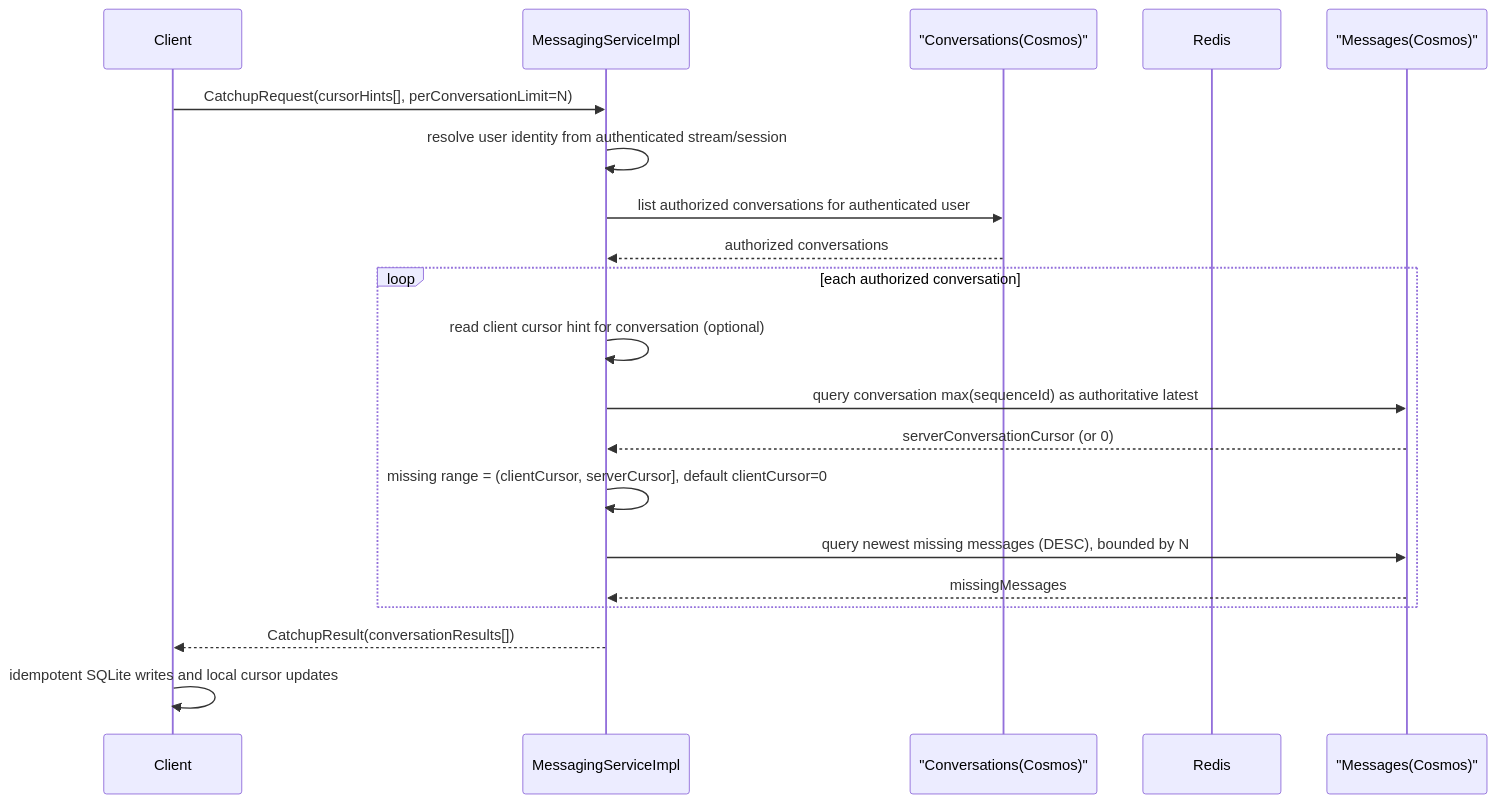
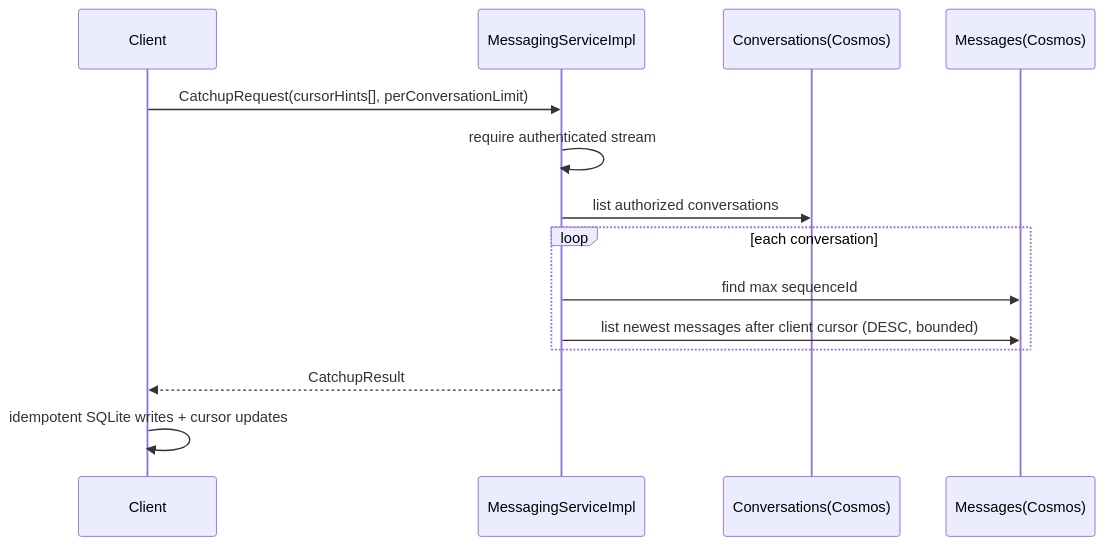
One commit to Matt1204/distributed-messaging-system changed the second of 3 diagrams in specs/message_persistency_design_v2.md. Above: the diagram before and after it, drawn with Mermaid. The commit also changed other lines of this file and 7 other files, not shown here.

````diff
--- a/specs/message_persistency_design_v2.md
+++ b/specs/message_persistency_design_v2.md
@@ -55,25 +52,17 @@
 ```mermaid
 sequenceDiagram
     participant C as Client
     participant S as MessagingServiceImpl
-    participant CV as "Conversations(Cosmos)"
-    participant R as Redis
-    participant M as "Messages(Cosmos)"
+    participant CV as Conversations(Cosmos)
+    participant M as Messages(Cosmos)
 
-    C->>S: CatchupRequest(cursorHints[], perConversationLimit=N)
-    S->>S: resolve user identity from authenticated stream/session
-    S->>CV: list authorized conversations for authenticated user
-    CV-->>S: authorized conversations
-
-    loop each authorized conversation
-        S->>S: read client cursor hint for conversation (optional)
-        S->>M: query conversation max(sequenceId) as authoritative latest
-        M-->>S: serverConversationCursor (or 0)
-        S->>S: missing range = (clientCursor, serverCursor], default clientCursor=0
-        S->>M: query newest missing messages (DESC), bounded by N
-        M-->>S: missingMessages
+    C->>S: CatchupRequest(cursorHints[], perConversationLimit)
+    S->>S: require authenticated stream
+    S->>CV: list authorized conversations
+    loop each conversation
+        S->>M: find max sequenceId
+        S->>M: list newest messages after client cursor (DESC, bounded)
     end
-
-    S-->>C: CatchupResult(conversationResults[])
-    C->>C: idempotent SQLite writes and local cursor updates
+    S-->>C: CatchupResult
+    C->>C: idempotent SQLite writes + cursor updates
 ```
````
